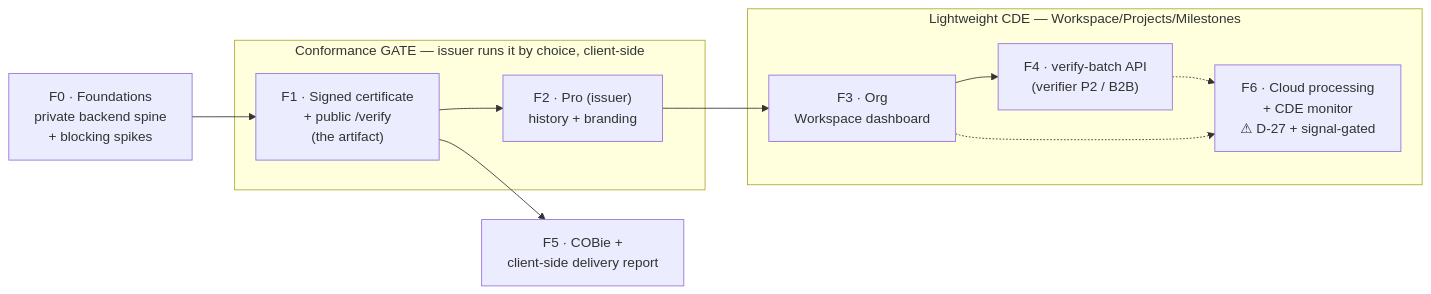
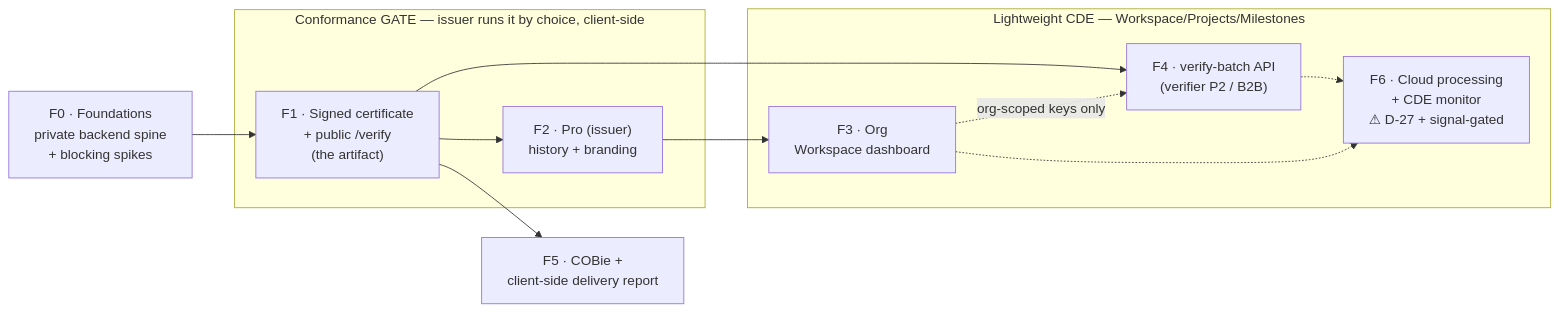
One commit to j03rul4nd/ifc-viewer-online changed the diagram in docs/CDE_VISION.md. Above: the diagram before and after it, drawn with Mermaid. The commit also changed other lines of this file and 67 other files, not shown here.

````diff
--- a/docs/CDE_VISION.md
+++ b/docs/CDE_VISION.md
@@ -110,25 +110,27 @@
 ```mermaid
 graph LR
     F0["F0 · Foundations<br/>private backend spine<br/>+ blocking spikes"]
     F1["F1 · Signed certificate<br/>+ public /verify<br/>(the artifact)"]
     F2["F2 · Pro (issuer)<br/>history + branding"]
     F3["F3 · Org<br/>Workspace dashboard"]
     F4["F4 · verify-batch API<br/>(verifier P2 / B2B)"]
     F5["F5 · COBie +<br/>client-side delivery report"]
     F6["F6 · Cloud processing<br/>+ CDE monitor<br/>⚠ D-27 + signal-gated"]
 
-    F0 --> F1 --> F2 --> F3 --> F4
+    F0 --> F1 --> F2 --> F3
+    F1 --> F4
+    F3 -.org-scoped keys only.-> F4
     F1 --> F5
     F4 -.-> F6
     F3 -.-> F6
 
     subgraph GATE["Conformance GATE — issuer runs it by choice, client-side"]
         F1
         F2
     end
     subgraph CDE["Lightweight CDE — Workspace/Projects/Milestones"]
         F3
         F4
         F6
     end
 ```
````
